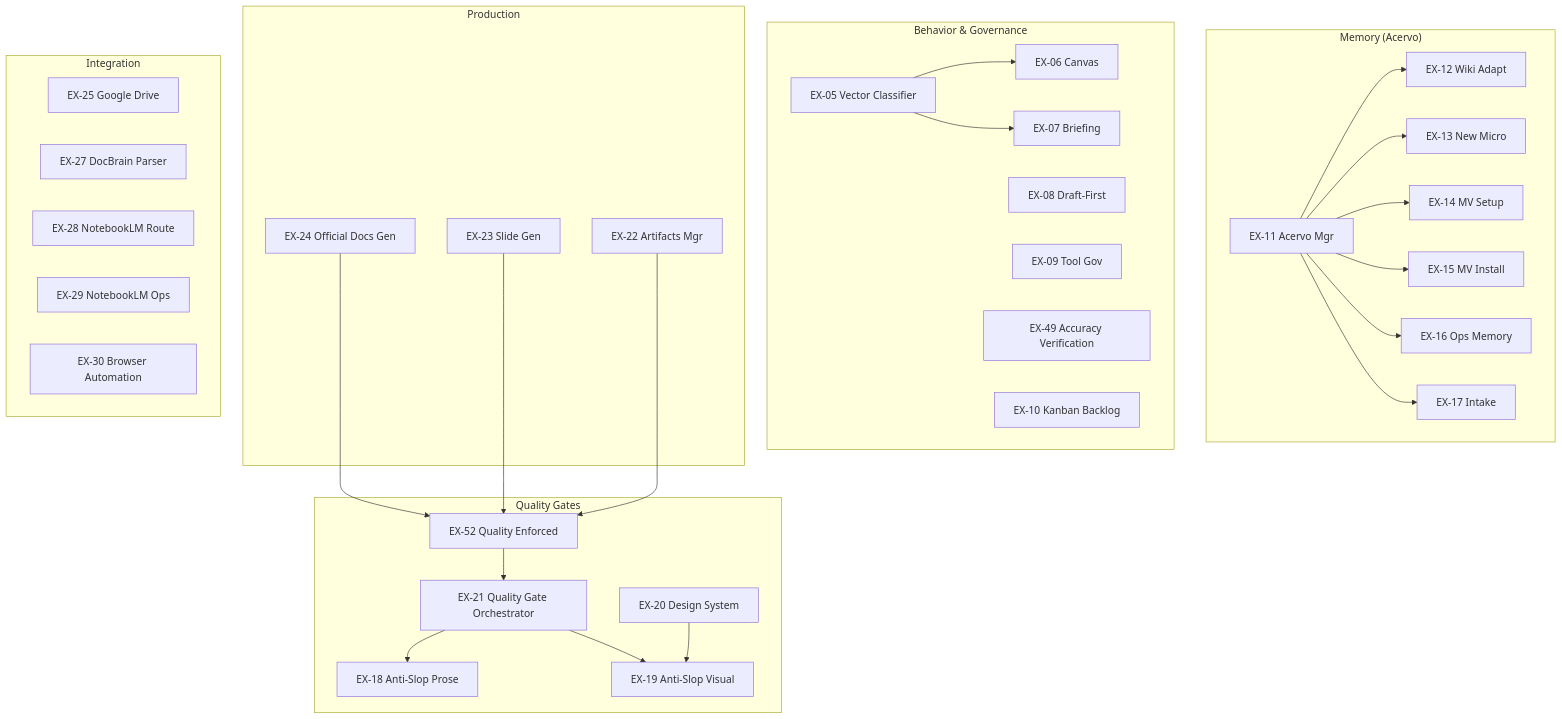
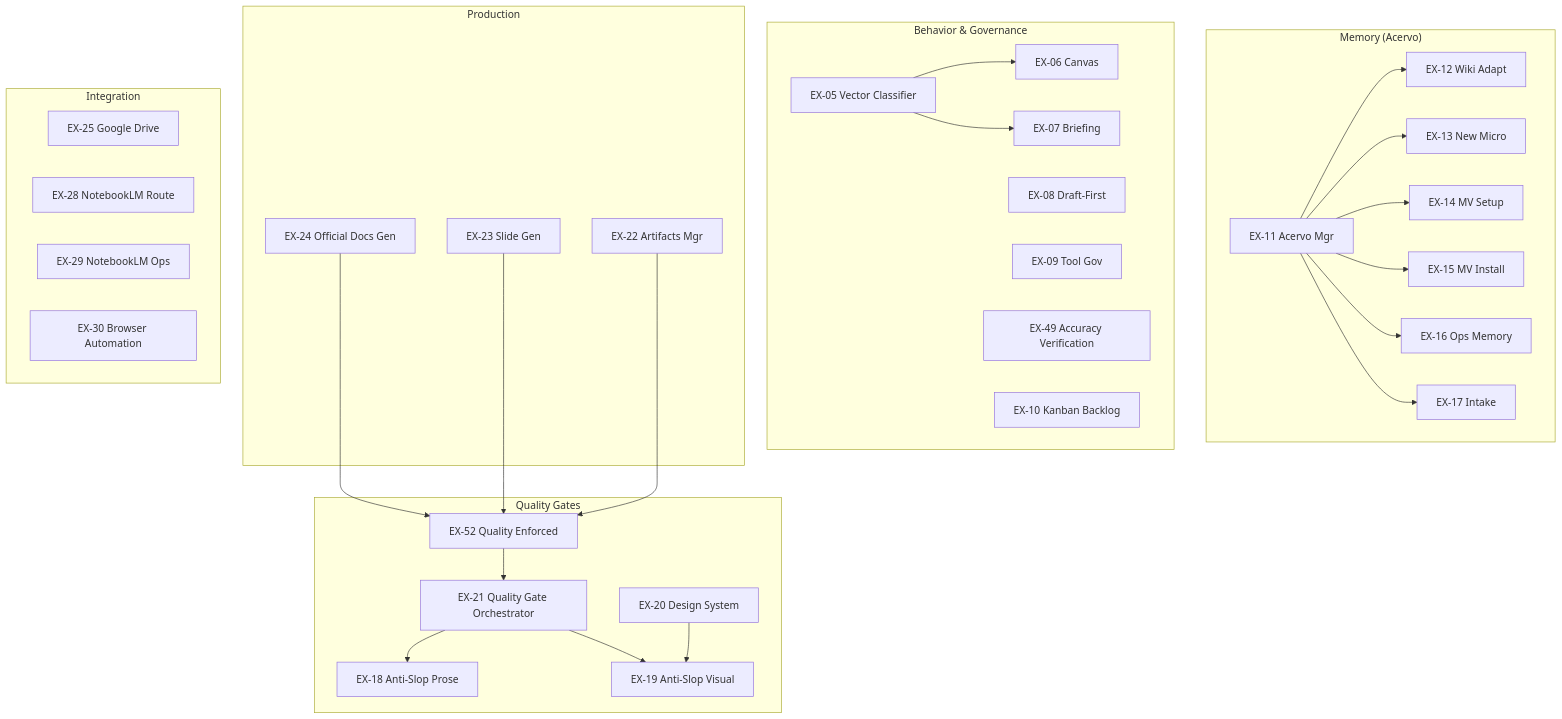
Before and after one commit to elderbernardi/exocortex.saas: the second of 2 diagrams in README.md, drawn with Mermaid. The commit also changed other lines of this file and 49 other files, not shown here.

````diff
--- a/README.md
+++ b/README.md
@@ -63,43 +63,42 @@
 ```mermaid
 graph TD
     subgraph "Memory (Acervo)"
         EX11[EX-11 Acervo Mgr] --> EX12[EX-12 Wiki Adapt]
         EX11 --> EX13[EX-13 New Micro]
         EX11 --> EX14[EX-14 MV Setup]
         EX11 --> EX15[EX-15 MV Install]
         EX11 --> EX16[EX-16 Ops Memory]
         EX11 --> EX17[EX-17 Intake]
     end
 
     subgraph "Behavior & Governance"
         EX05[EX-05 Vector Classifier] --> EX06[EX-06 Canvas]
         EX05 --> EX07[EX-07 Briefing]
         EX08[EX-08 Draft-First]
         EX09[EX-09 Tool Gov]
         EX49[EX-49 Accuracy Verification]
         EX10[EX-10 Kanban Backlog]
     end
 
     subgraph "Quality Gates"
         EX18[EX-18 Anti-Slop Prose]
         EX19[EX-19 Anti-Slop Visual]
         EX20[EX-20 Design System] --> EX19
         EX21[EX-21 Quality Gate Orchestrator] --> EX18
         EX21 --> EX19
         EX52[EX-52 Quality Enforced] --> EX21
     end
 
     subgraph "Production"
         EX22[EX-22 Artifacts Mgr] --> EX52
         EX23[EX-23 Slide Gen] --> EX52
         EX24[EX-24 Official Docs Gen] --> EX52
     end
 
     subgraph "Integration"
         EX25[EX-25 Google Drive]
-        EX27[EX-27 DocBrain Parser]
         EX28[EX-28 NotebookLM Route]
         EX29[EX-29 NotebookLM Ops]
         EX30[EX-30 Browser Automation]
     end
 ```
````
